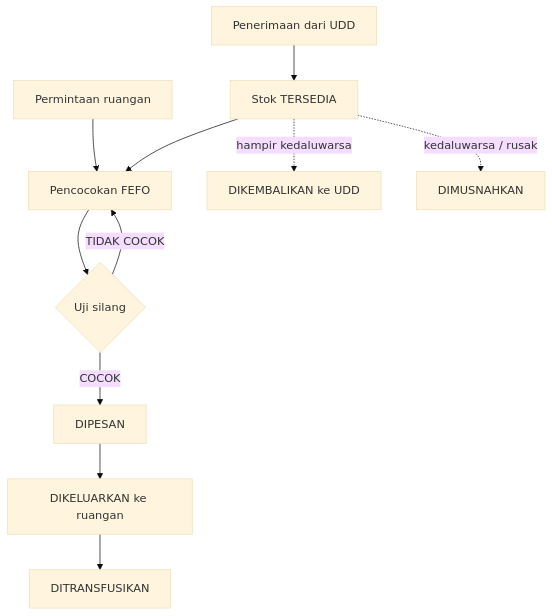
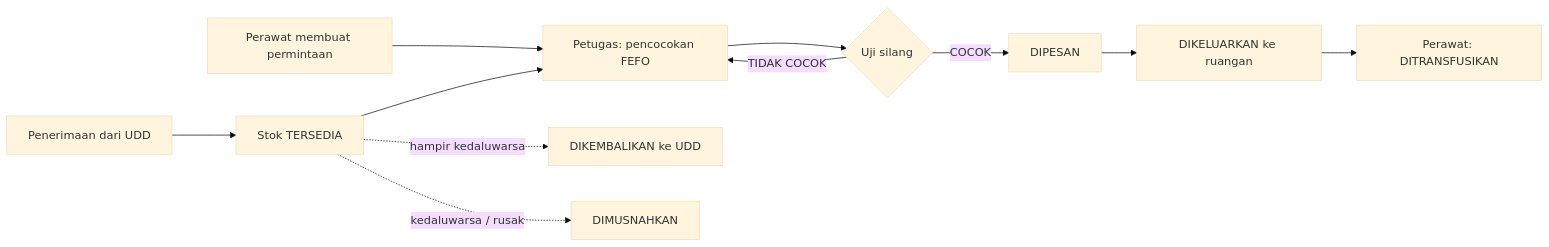
The diagram in dokumen/PRD.md (Zrest8/Simbdrs-Web), drawn with Mermaid (base theme) before and after one commit. The commit also changed other lines of this file and 6 other files, not shown here.

First line of the commit message:
Perbarui dokumen: PRD, ERD, dan README versi ringkas

````diff
--- a/dokumen/PRD.md
+++ b/dokumen/PRD.md
@@ -59,13 +60,13 @@
 ```mermaid
-flowchart TD
+flowchart LR
   A[Penerimaan dari UDD] --> B[Stok TERSEDIA]
-  C[Permintaan ruangan] --> D[Pencocokan FEFO]
+  C[Perawat membuat permintaan] --> D[Petugas: pencocokan FEFO]
   B --> D
   D --> E{Uji silang}
   E -- COCOK --> F[DIPESAN]
   E -- TIDAK COCOK --> D
   F --> G[DIKELUARKAN ke ruangan]
-  G --> H[DITRANSFUSIKAN]
+  G --> H[Perawat: DITRANSFUSIKAN]
   B -. hampir kedaluwarsa .-> J[DIKEMBALIKAN ke UDD]
   B -. kedaluwarsa / rusak .-> K[DIMUSNAHKAN]
 ```
````
